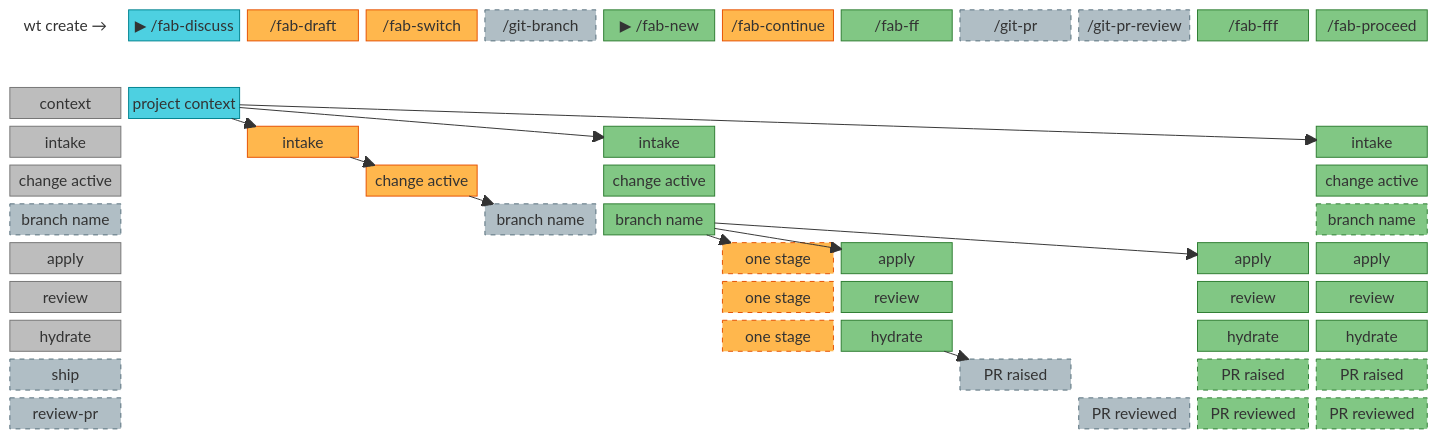
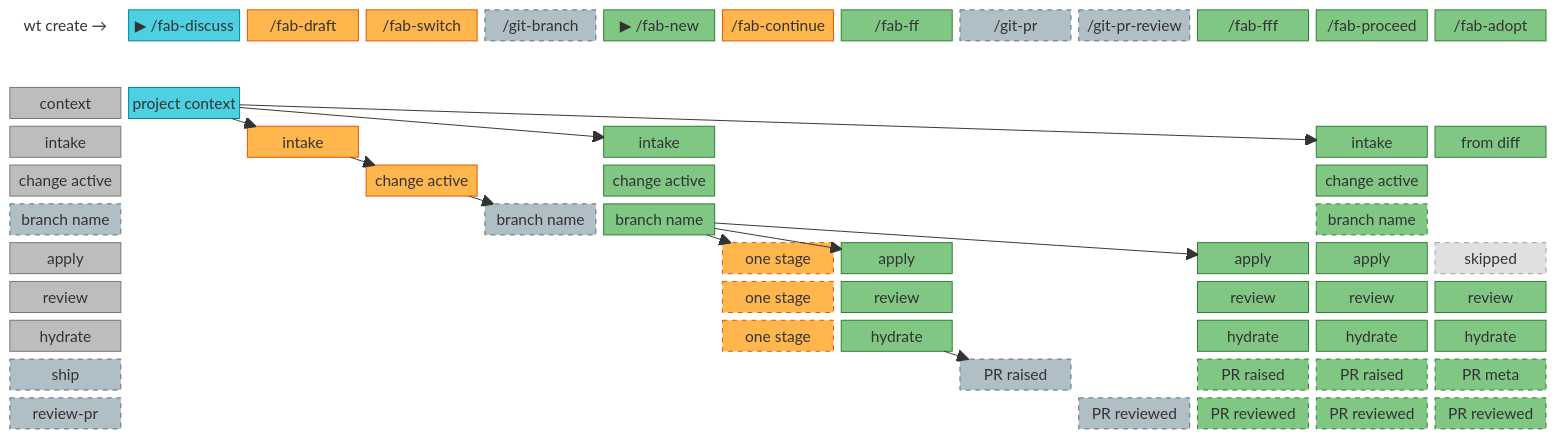
The second of 2 diagrams in README.md (sahil87/fab-kit), drawn with Mermaid before and after one commit. The commit also changed other lines of this file and 1 other file, not shown here.

Commit message:
docs: add /fab-adopt column to stage-coverage diagram (SVG + mermaid source)

````diff
--- a/README.md
+++ b/README.md
@@ -500,20 +500,20 @@
 ```mermaid
 block-beta
-    columns 13
+    columns 14
 
-    hdr_label["wt create →"]:1 hdr_discuss["▶ /fab-discuss"] hdr_draft["/fab-draft"] hdr_switch["/fab-switch"] hdr_branch["/git-branch"] hdr_new["▶ /fab-new"] hdr_continue["/fab-continue"] hdr_ff["/fab-ff"] hdr_gitpr["/git-pr"] hdr_gitprreview["/git-pr-review"] hdr_fff["/fab-fff"] hdr_proceed["/fab-proceed"] space:1
+    hdr_label["wt create →"]:1 hdr_discuss["▶ /fab-discuss"] hdr_draft["/fab-draft"] hdr_switch["/fab-switch"] hdr_branch["/git-branch"] hdr_new["▶ /fab-new"] hdr_continue["/fab-continue"] hdr_ff["/fab-ff"] hdr_gitpr["/git-pr"] hdr_gitprreview["/git-pr-review"] hdr_fff["/fab-fff"] hdr_proceed["/fab-proceed"] hdr_adopt["/fab-adopt"] space:1
 
-    space:13
+    space:14
 
-    row_ctx["context"]:1 discuss_ctx["project context"]:1 space:11
-    row_intake["intake"]:1 space:1 draft_intake["intake"]:1 space:2 new_intake["intake"]:1 space:5 proceed_intake["intake"]:1 space:1
-    row_active["change active"]:1 space:2 switch_active["change active"]:1 space:1 new_active["change active"]:1 space:5 proceed_active["change active"]:1 space:1
-    row_branch["branch name"]:1 space:3 branch_branch["branch name"]:1 new_branch["branch name"]:1 space:5 proceed_branch["branch name"]:1 space:1
-    row_apply["apply"]:1 space:5 cont_apply["one stage"]:1 ff_apply["apply"]:1 space:2 fff_apply["apply"]:1 proceed_apply["apply"]:1 space:1
-    row_review["review"]:1 space:5 cont_review["one stage"]:1 ff_review["review"]:1 space:2 fff_review["review"]:1 proceed_review["review"]:1 space:1
-    row_hydrate["hydrate"]:1 space:5 cont_hydrate["one stage"]:1 ff_hydrate["hydrate"]:1 space:2 fff_hydrate["hydrate"]:1 proceed_hydrate["hydrate"]:1 space:1
-    row_ship["ship"]:1 space:5 space:1 space:1 gitpr_ship["PR raised"]:1 space:1 fff_ship["PR raised"]:1 proceed_ship["PR raised"]:1 space:1
-    row_prreview["review-pr"]:1 space:5 space:1 space:1 space:1 gitprreview_prreview["PR reviewed"]:1 fff_prreview["PR reviewed"]:1 proceed_prreview["PR reviewed"]:1 space:1
+    row_ctx["context"]:1 discuss_ctx["project context"]:1 space:12
+    row_intake["intake"]:1 space:1 draft_intake["intake"]:1 space:2 new_intake["intake"]:1 space:5 proceed_intake["intake"]:1 adopt_intake["from diff"]:1 space:1
+    row_active["change active"]:1 space:2 switch_active["change active"]:1 space:1 new_active["change active"]:1 space:5 proceed_active["change active"]:1 space:2
+    row_branch["branch name"]:1 space:3 branch_branch["branch name"]:1 new_branch["branch name"]:1 space:5 proceed_branch["branch name"]:1 space:2
+    row_apply["apply"]:1 space:5 cont_apply["one stage"]:1 ff_apply["apply"]:1 space:2 fff_apply["apply"]:1 proceed_apply["apply"]:1 adopt_apply["skipped"]:1 space:1
+    row_review["review"]:1 space:5 cont_review["one stage"]:1 ff_review["review"]:1 space:2 fff_review["review"]:1 proceed_review["review"]:1 adopt_review["review"]:1 space:1
+    row_hydrate["hydrate"]:1 space:5 cont_hydrate["one stage"]:1 ff_hydrate["hydrate"]:1 space:2 fff_hydrate["hydrate"]:1 proceed_hydrate["hydrate"]:1 adopt_hydrate["hydrate"]:1 space:1
+    row_ship["ship"]:1 space:5 space:1 space:1 gitpr_ship["PR raised"]:1 space:1 fff_ship["PR raised"]:1 proceed_ship["PR raised"]:1 adopt_ship["PR meta"]:1 space:1
+    row_prreview["review-pr"]:1 space:5 space:1 space:1 space:1 gitprreview_prreview["PR reviewed"]:1 fff_prreview["PR reviewed"]:1 proceed_prreview["PR reviewed"]:1 adopt_prreview["PR reviewed"]:1 space:1
 
     %% Arrows — multiple paths from top-left to bottom-right
     discuss_ctx --> draft_intake
@@ -539,6 +539,7 @@
     style hdr_gitprreview fill:#b0bec5,stroke:#546e7a,color:#1a1a1a,stroke-dasharray: 5 5
     style hdr_fff fill:#81c784,stroke:#2E7D32,color:#1a1a1a
     style hdr_proceed fill:#81c784,stroke:#2E7D32,color:#1a1a1a
+    style hdr_adopt fill:#81c784,stroke:#2E7D32,color:#1a1a1a
 
     %% Row labels — grey for fab pipeline stages, blue-grey dashed for git stages
     style row_ctx fill:#bdbdbd,stroke:#757575,color:#1a1a1a
@@ -600,4 +601,12 @@
     style proceed_hydrate fill:#81c784,stroke:#2E7D32,color:#1a1a1a
     style proceed_ship fill:#81c784,stroke:#2E7D32,color:#1a1a1a,stroke-dasharray: 5 5
     style proceed_prreview fill:#81c784,stroke:#2E7D32,color:#1a1a1a,stroke-dasharray: 5 5
+
+    %% fab-adopt (Automation — green; enters mid-flight, apply skipped)
+    style adopt_intake fill:#81c784,stroke:#2E7D32,color:#1a1a1a
+    style adopt_apply fill:#e0e0e0,stroke:#9e9e9e,color:#616161,stroke-dasharray: 5 5
+    style adopt_review fill:#81c784,stroke:#2E7D32,color:#1a1a1a
+    style adopt_hydrate fill:#81c784,stroke:#2E7D32,color:#1a1a1a
+    style adopt_ship fill:#81c784,stroke:#2E7D32,color:#1a1a1a,stroke-dasharray: 5 5
+    style adopt_prreview fill:#81c784,stroke:#2E7D32,color:#1a1a1a,stroke-dasharray: 5 5
 ```
````
